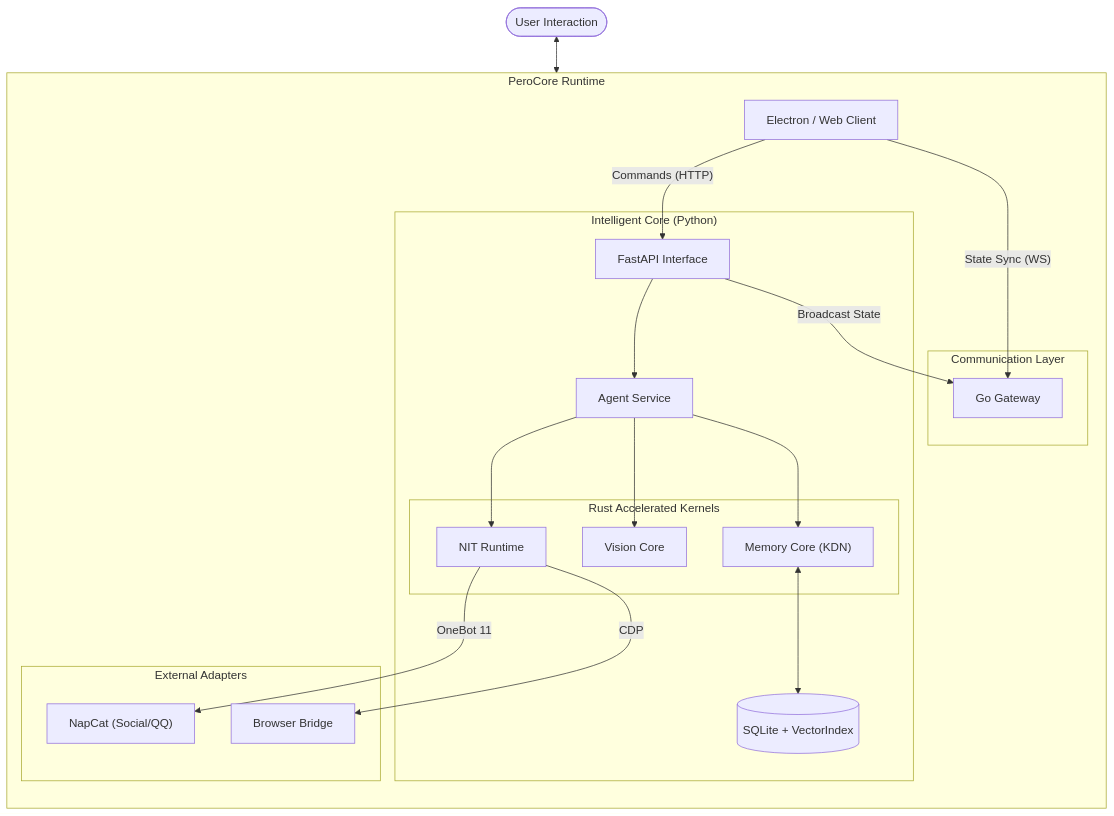
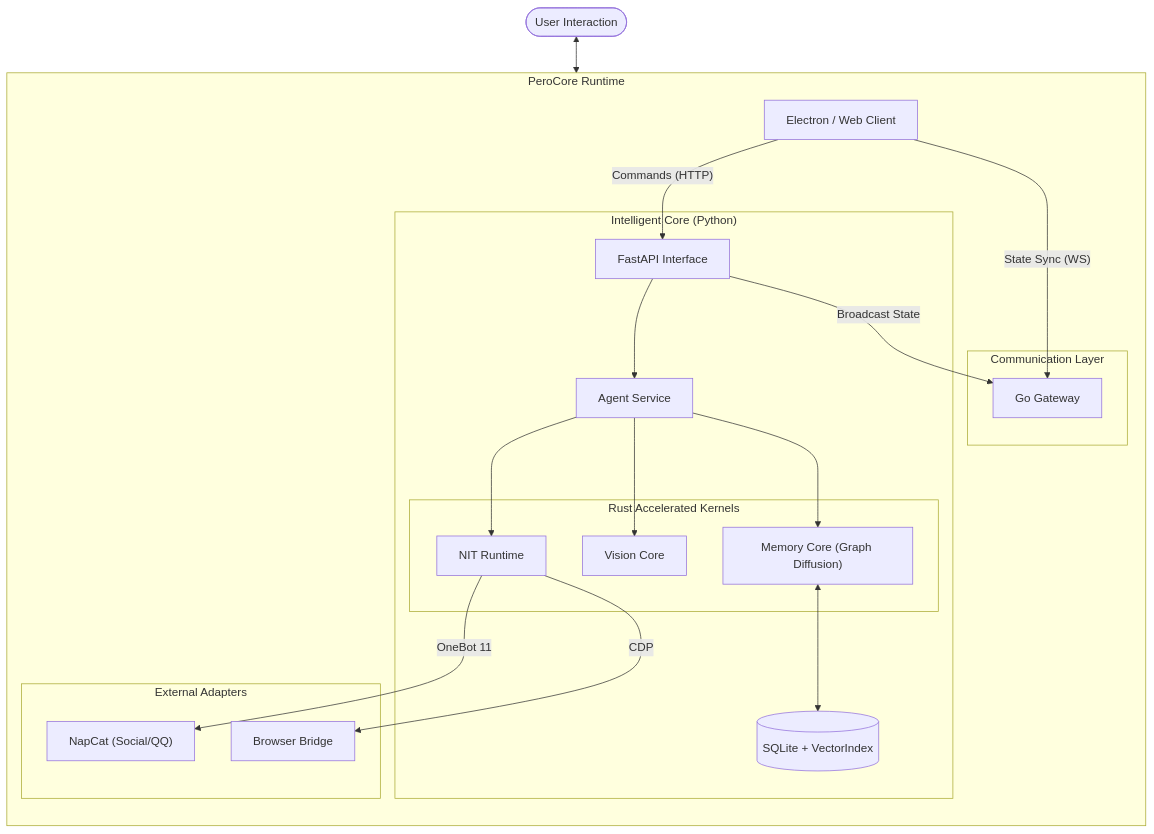
The diagram in README.md (Youzini-afk/shore-memory), drawn with Mermaid before and after one commit. The commit also changed other lines of this file and 57 other files, not shown here.

````diff
--- a/README.md
+++ b/README.md
@@ -169,44 +184,44 @@
 ```mermaid
 flowchart TD
     User([User Interaction]) <--> Client["Electron / Web Client"]
     
     subgraph "PeroCore Runtime"
         direction TB
         
         subgraph "Communication Layer"
             Gateway[Go Gateway]
         end
         
         subgraph "Intelligent Core (Python)"
             API[FastAPI Interface]
             Agent[Agent Service]
             
             subgraph "Rust Accelerated Kernels"
-                KDN["Memory Core (KDN)"]
+                GraphDiffusion["Memory Core (Graph Diffusion)"]
                 Vision[Vision Core]
                 NIT[NIT Runtime]
             end
             
             API --> Agent
-            Agent --> KDN
+            Agent --> GraphDiffusion
             Agent --> Vision
             Agent --> NIT
             
-            KDN <--> DB[("SQLite + VectorIndex")]
+            GraphDiffusion <--> DB[("SQLite + VectorIndex")]
         end
         
         subgraph "External Adapters"
             NapCat["NapCat (Social/QQ)"]
             Browser[Browser Bridge]
         end
         
         %% Connections
         Client -- "State Sync (WS)" --> Gateway
         Client -- "Commands (HTTP)" --> API
         
         API -- "Broadcast State" --> Gateway
         
         NIT -- "OneBot 11" --> NapCat
         NIT -- "CDP" --> Browser
     end
 ```
````
